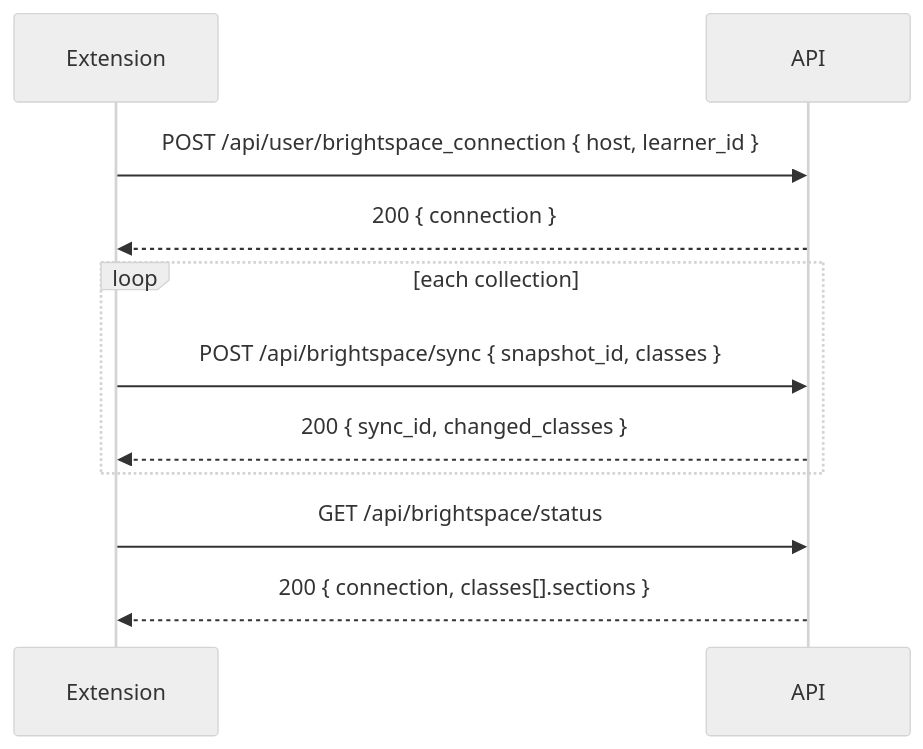
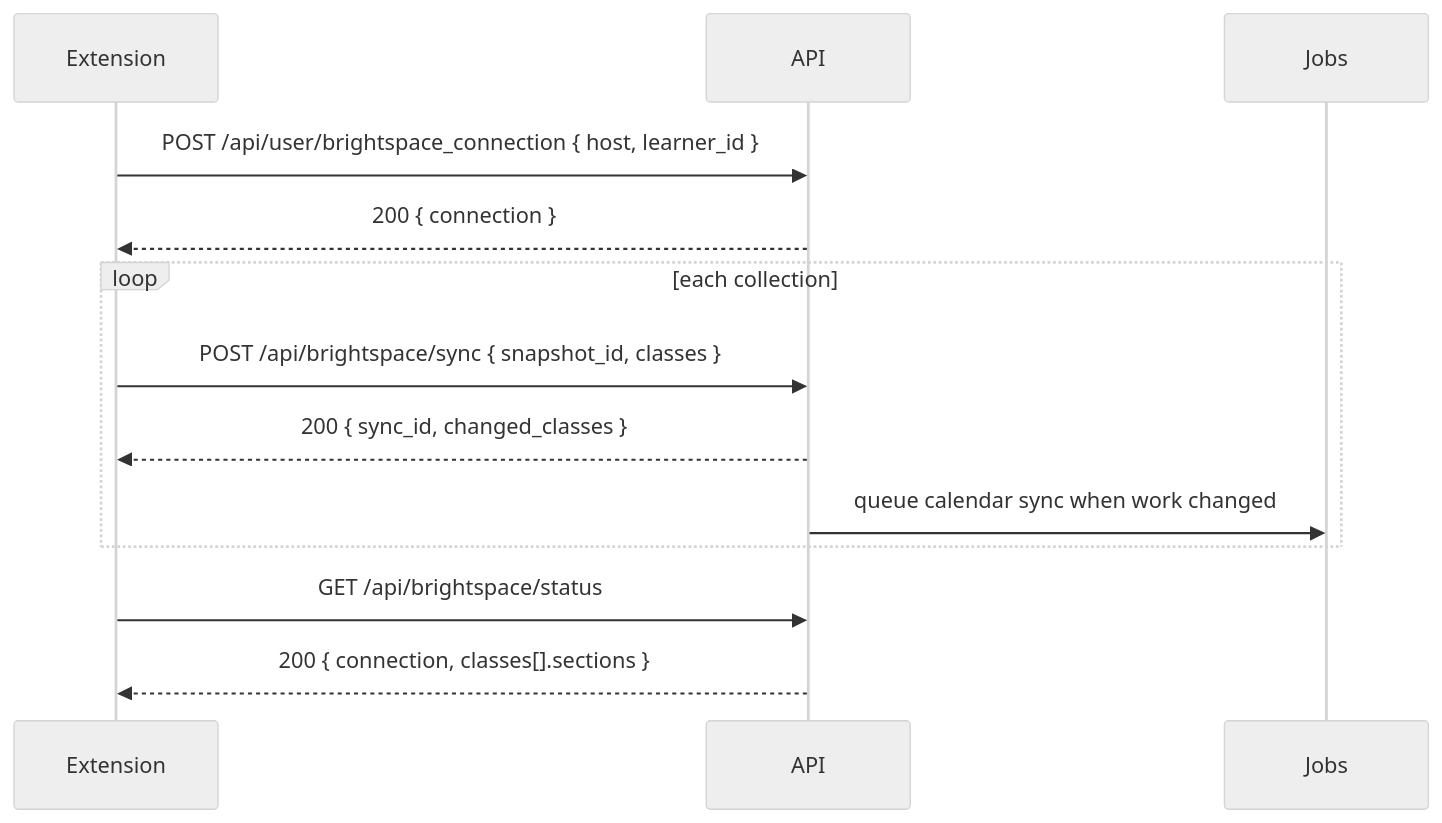
Before and after one commit to WITCodingClub/calendar-backend: the second of 3 diagrams in docs/brightspace.md, drawn with Mermaid (neutral theme). The commit also changed other lines of this file and 30 other files, not shown here.

Commit message:
feat: sync brightspace deadlines to the calendar

````diff
--- a/docs/brightspace.md
+++ b/docs/brightspace.md
@@ -207,13 +207,15 @@
 ```mermaid
 sequenceDiagram
     participant E as Extension
     participant A as API
+    participant J as Jobs
     E->>A: POST /api/user/brightspace_connection { host, learner_id }
     A-->>E: 200 { connection }
     loop each collection
         E->>A: POST /api/brightspace/sync { snapshot_id, classes }
         A-->>E: 200 { sync_id, changed_classes }
+        A->>J: queue calendar sync when work changed
     end
     E->>A: GET /api/brightspace/status
     A-->>E: 200 { connection, classes[].sections }
 ```
````
